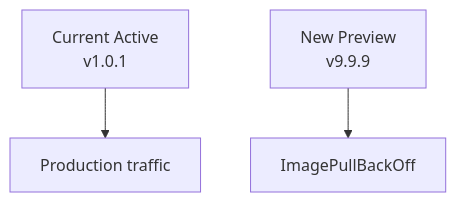
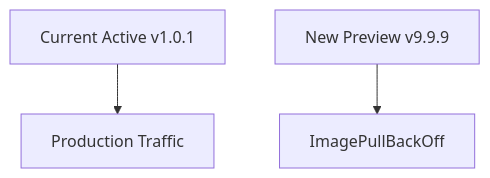
Before and after one commit to ahmed-sayed-devops/microservices-platform-gitops: the ninth of 35 diagrams in docs/04-progressive-delivery/README.md, drawn with Mermaid. The commit also changed other lines of this file and 13 other files, not shown here.

Commit message:
docs: update progressive delivery and platform architecture

````diff
--- a/docs/04-progressive-delivery/README.md
+++ b/docs/04-progressive-delivery/README.md
@@ -540,5 +575,7 @@
 ```mermaid
 graph TD
-    A["Current Active<br/>v1.0.1"] --> B["Production traffic"]
-    C["New Preview<br/>v9.9.9"] --> D["ImagePullBackOff"]
+
+    A["Current Active v1.0.1"] --> B["Production Traffic"]
+
+    C["New Preview v9.9.9"] --> D["ImagePullBackOff"]
 ```
````
